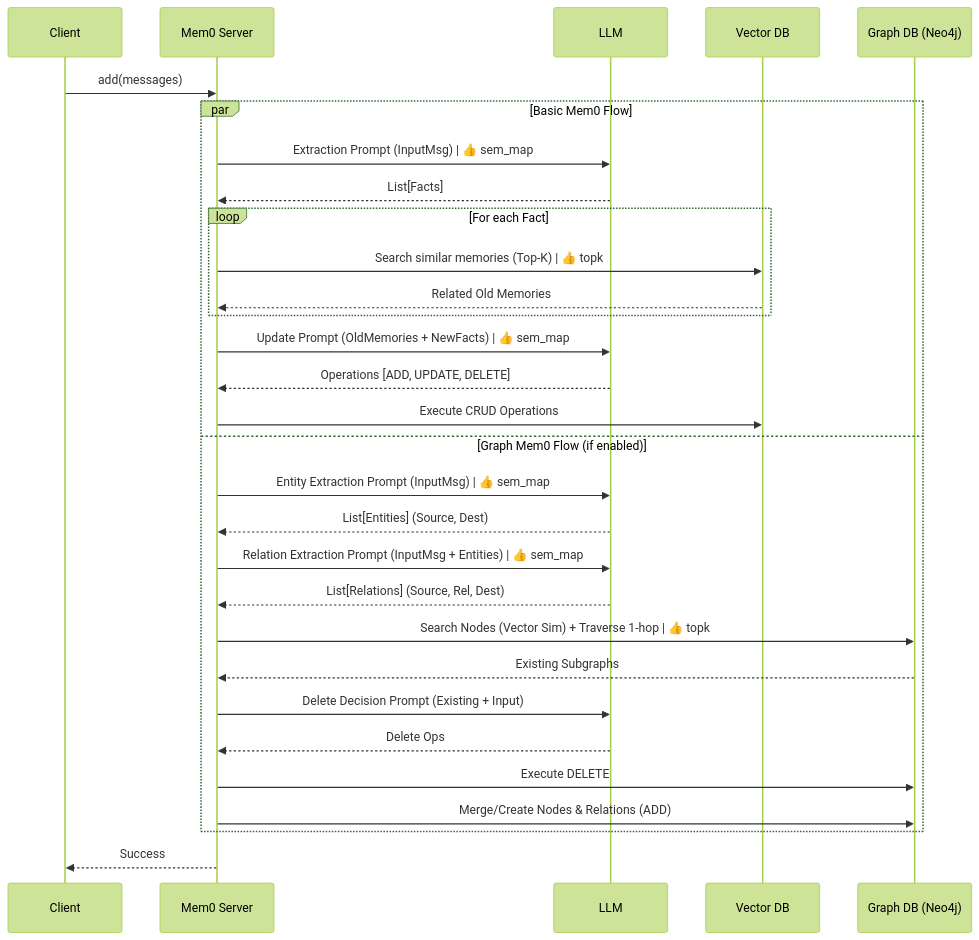
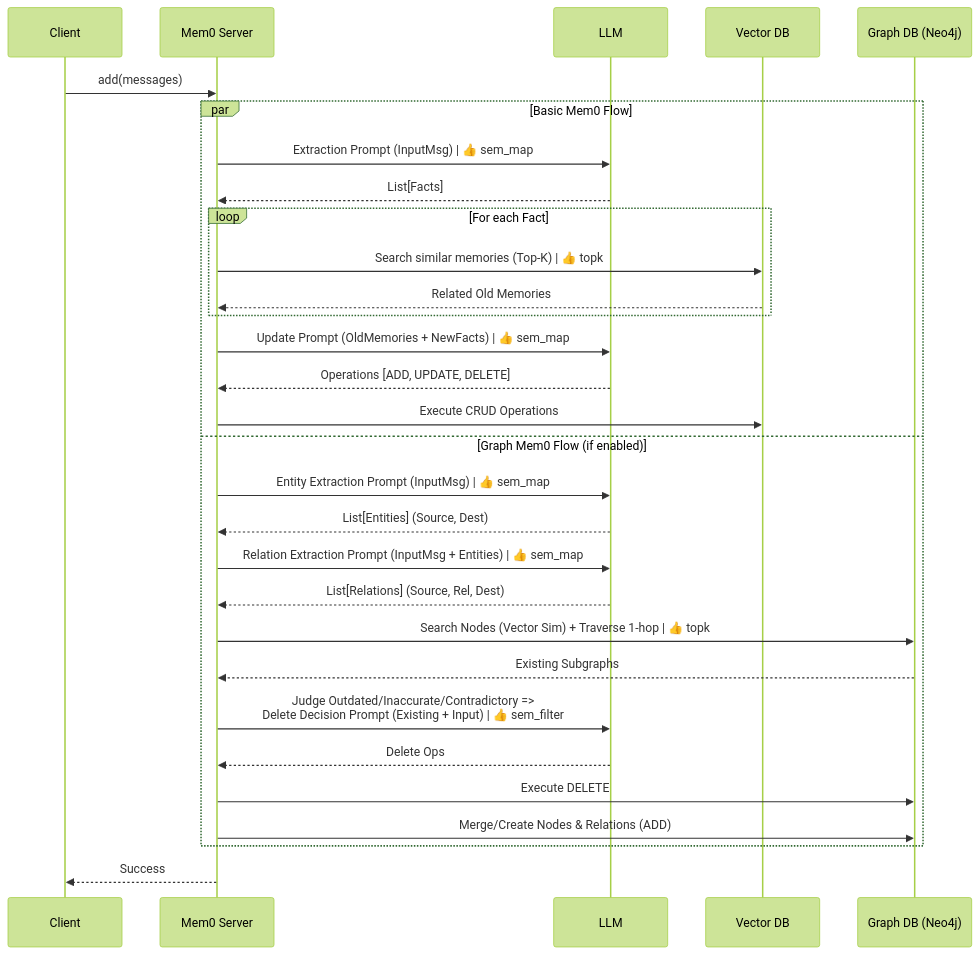
One commit to SleepyLGod/zep-graphiti changed the first of 2 diagrams in examples/neo4j_otel/data_flow_mem0.md. Above: the diagram before and after it, drawn with Mermaid (forest theme). The commit also changed 1 other file, not shown here.

Commit message:
dataflow diagrams sem_ops updated.

````diff
--- a/examples/neo4j_otel/data_flow_mem0.md
+++ b/examples/neo4j_otel/data_flow_mem0.md
@@ -5,42 +5,42 @@
 ```mermaid
 sequenceDiagram
     participant Client
     participant Server as Mem0 Server
     participant LLM
     participant VecDB as Vector DB
     participant GraphDB as Graph DB (Neo4j)
 
     Client->>Server: add(messages)
     
     par Basic Mem0 Flow
         Server->>LLM: Extraction Prompt (InputMsg) | 👍 sem_map
         LLM-->>Server: List[Facts]
         
         loop For each Fact
             Server->>VecDB: Search similar memories (Top-K) | 👍 topk
             VecDB-->>Server: Related Old Memories
         end
         
         Server->>LLM: Update Prompt (OldMemories + NewFacts) | 👍 sem_map
         LLM-->>Server: Operations [ADD, UPDATE, DELETE]
         
         Server->>VecDB: Execute CRUD Operations
     and Graph Mem0 Flow (if enabled)
         Server->>LLM: Entity Extraction Prompt (InputMsg) | 👍 sem_map
         LLM-->>Server: List[Entities] (Source, Dest)
         
         Server->>LLM: Relation Extraction Prompt (InputMsg + Entities) | 👍 sem_map
         LLM-->>Server: List[Relations] (Source, Rel, Dest)
         
         Server->>GraphDB: Search Nodes (Vector Sim) + Traverse 1-hop | 👍 topk
         GraphDB-->>Server: Existing Subgraphs
         
-        Server->>LLM: Delete Decision Prompt (Existing + Input)
+        Server->>LLM: Judge Outdated/Inaccurate/Contradictory => <br/> Delete Decision Prompt (Existing + Input) | 👍 sem_filter
         LLM-->>Server: Delete Ops
         Server->>GraphDB: Execute DELETE
         
         Server->>GraphDB: Merge/Create Nodes & Relations (ADD)
     end
     
     Server-->>Client: Success
 ```
````
